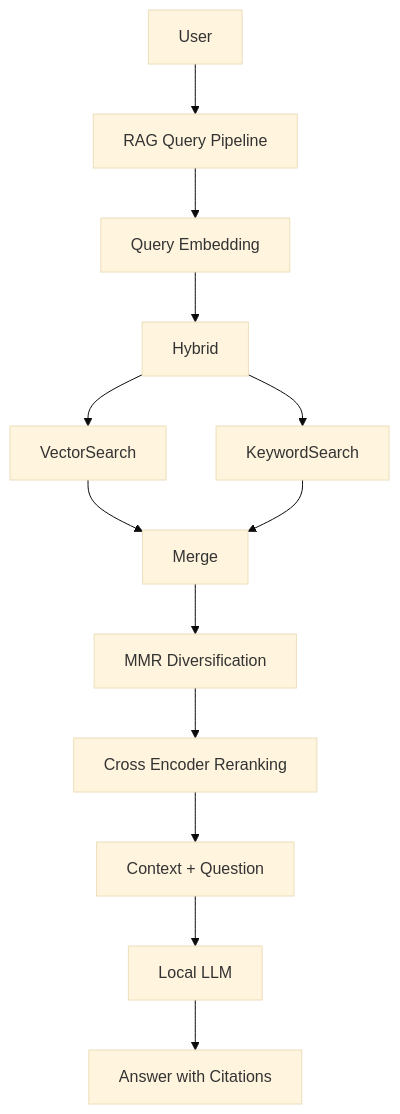
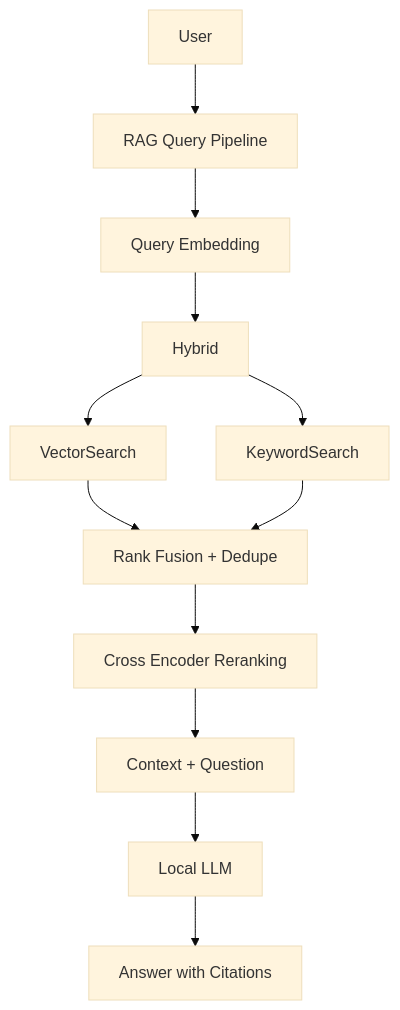
One commit to GarretBeebe/local-rag-system changed the first of 2 diagrams in README.md. Above: the diagram before and after it, drawn with Mermaid (base theme). The commit also changed other lines of this file and 17 other files, not shown here.

First line of the commit message:
Replace MMR with rank fusion and speed up reranking

````diff
--- a/README.md
+++ b/README.md
@@ -31,22 +31,21 @@
 ``` mermaid
 flowchart TD
 
 User --> Query[RAG Query Pipeline]
 
 Query --> Embed[Query Embedding]
 Embed --> Hybrid
 
 Hybrid --> VectorSearch
 Hybrid --> KeywordSearch
 
 VectorSearch --> Merge
 KeywordSearch --> Merge
 
-Merge --> MMR[MMR Diversification]
-MMR --> Rerank[Cross Encoder Reranking]
+Merge[Rank Fusion + Dedupe] --> Rerank[Cross Encoder Reranking]
 
 Rerank --> Prompt[Context + Question]
 Prompt --> LLM[Local LLM]
 
 LLM --> Response[Answer with Citations]
 ```
````
